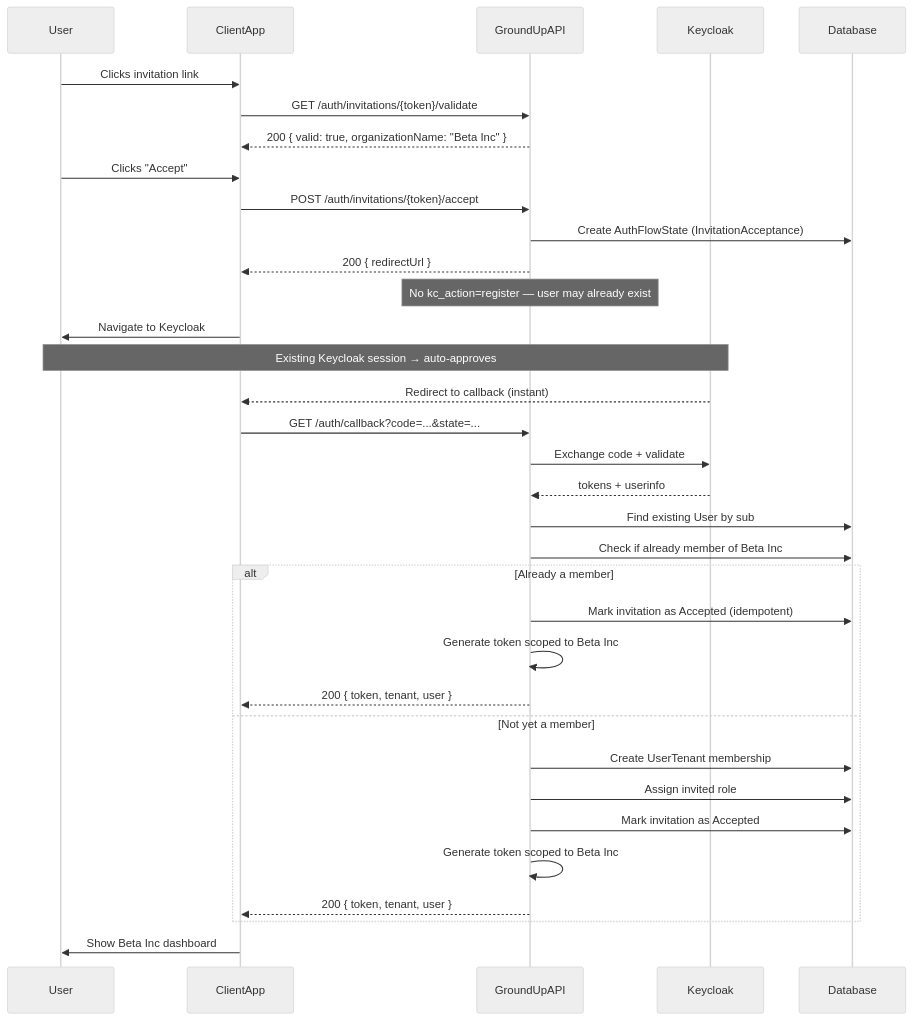
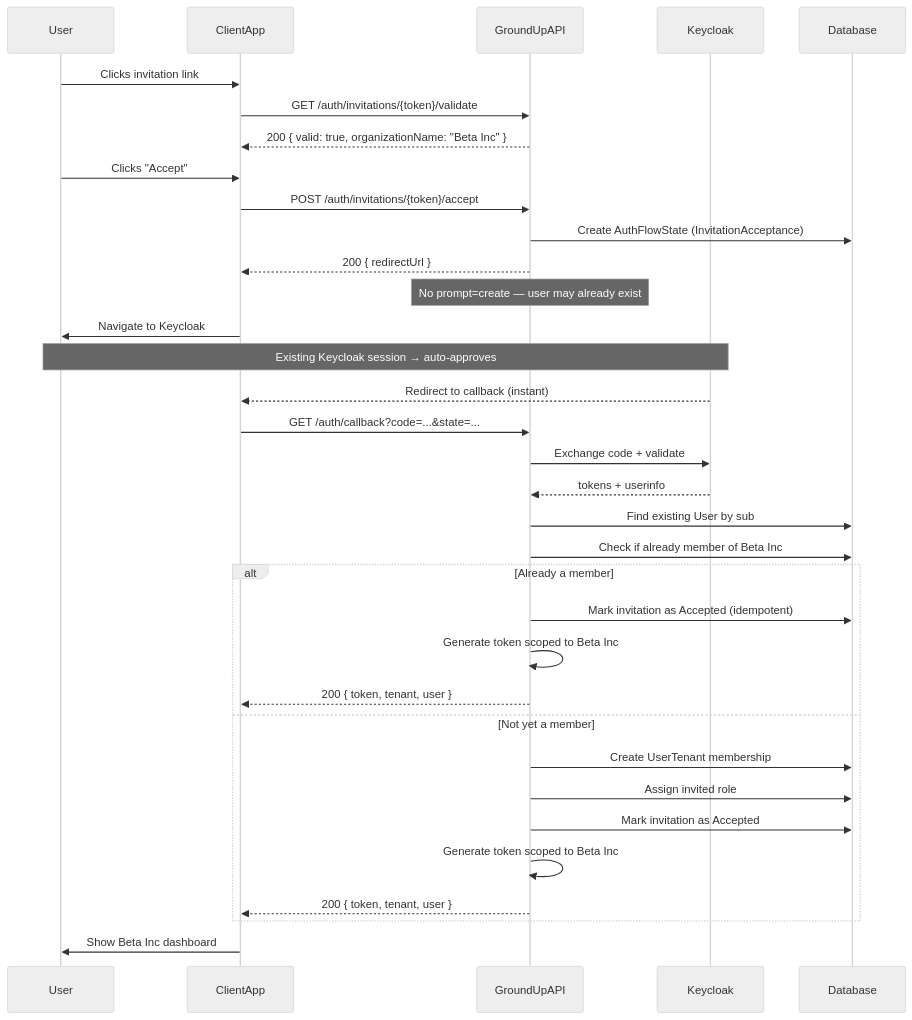
One commit to rsbst23/groundup changed the eighth of 23 diagrams in .kiro/specs/phase-10-cleanup/auth-flows-design.md. Above: the diagram before and after it, drawn with Mermaid (neutral theme). The commit also changed other lines of this file and 7 other files, not shown here.

````diff
--- a/.kiro/specs/phase-10-cleanup/auth-flows-design.md
+++ b/.kiro/specs/phase-10-cleanup/auth-flows-design.md
@@ -428,37 +430,37 @@
 ```mermaid
 sequenceDiagram
     participant User
     participant ClientApp
     participant GroundUpAPI
     participant Keycloak
     participant Database
 
     User->>ClientApp: Clicks invitation link
     ClientApp->>GroundUpAPI: GET /auth/invitations/{token}/validate
     GroundUpAPI-->>ClientApp: 200 { valid: true, organizationName: "Beta Inc" }
     User->>ClientApp: Clicks "Accept"
     ClientApp->>GroundUpAPI: POST /auth/invitations/{token}/accept
     GroundUpAPI->>Database: Create AuthFlowState (InvitationAcceptance)
     GroundUpAPI-->>ClientApp: 200 { redirectUrl }
-    Note over GroundUpAPI: No kc_action=register — user may already exist
+    Note over GroundUpAPI: No prompt=create — user may already exist
     ClientApp->>User: Navigate to Keycloak
     Note over User,Keycloak: Existing Keycloak session → auto-approves
     Keycloak-->>ClientApp: Redirect to callback (instant)
     ClientApp->>GroundUpAPI: GET /auth/callback?code=...&state=...
     GroundUpAPI->>Keycloak: Exchange code + validate
     Keycloak-->>GroundUpAPI: tokens + userinfo
     GroundUpAPI->>Database: Find existing User by sub
     GroundUpAPI->>Database: Check if already member of Beta Inc
     alt Already a member
         GroundUpAPI->>Database: Mark invitation as Accepted (idempotent)
         GroundUpAPI->>GroundUpAPI: Generate token scoped to Beta Inc
         GroundUpAPI-->>ClientApp: 200 { token, tenant, user }
     else Not yet a member
         GroundUpAPI->>Database: Create UserTenant membership
         GroundUpAPI->>Database: Assign invited role
         GroundUpAPI->>Database: Mark invitation as Accepted
         GroundUpAPI->>GroundUpAPI: Generate token scoped to Beta Inc
         GroundUpAPI-->>ClientApp: 200 { token, tenant, user }
     end
     ClientApp->>User: Show Beta Inc dashboard
 ```
````
